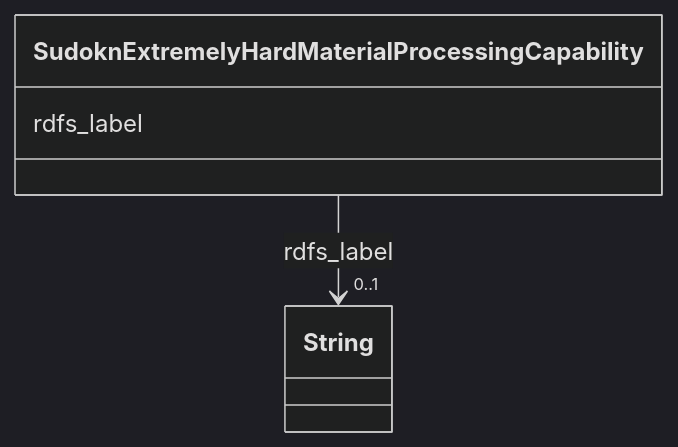
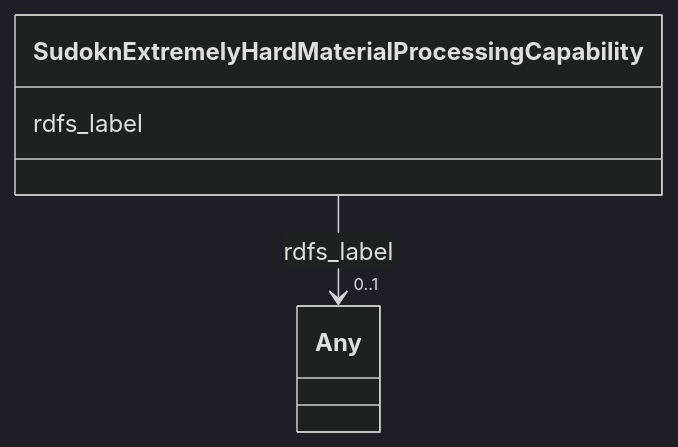
The diagram in sudokn-kg/classes/SudoknExtremelyHardMaterialProcessingCapability.md (frink-okn/graph-descriptions), drawn with Mermaid (dark theme) before and after one commit. The commit also changed other lines of this file and 903 other files, not shown here.

````diff
--- a/sudokn-kg/classes/SudoknExtremelyHardMaterialProcessingCapability.md
+++ b/sudokn-kg/classes/SudoknExtremelyHardMaterialProcessingCapability.md
@@ -23,15 +18,15 @@
 ```mermaid
  classDiagram
     class SudoknExtremelyHardMaterialProcessingCapability
     click SudoknExtremelyHardMaterialProcessingCapability href "../SudoknExtremelyHardMaterialProcessingCapability"
       SudoknExtremelyHardMaterialProcessingCapability : rdfs_label
         
           
     
     
-    SudoknExtremelyHardMaterialProcessingCapability --> "0..1" String : rdfs_label
-    click String href "../String"
+    SudoknExtremelyHardMaterialProcessingCapability --> "0..1" Any : rdfs_label
+    click Any href "../Any"
 
         
       
 ```
````
